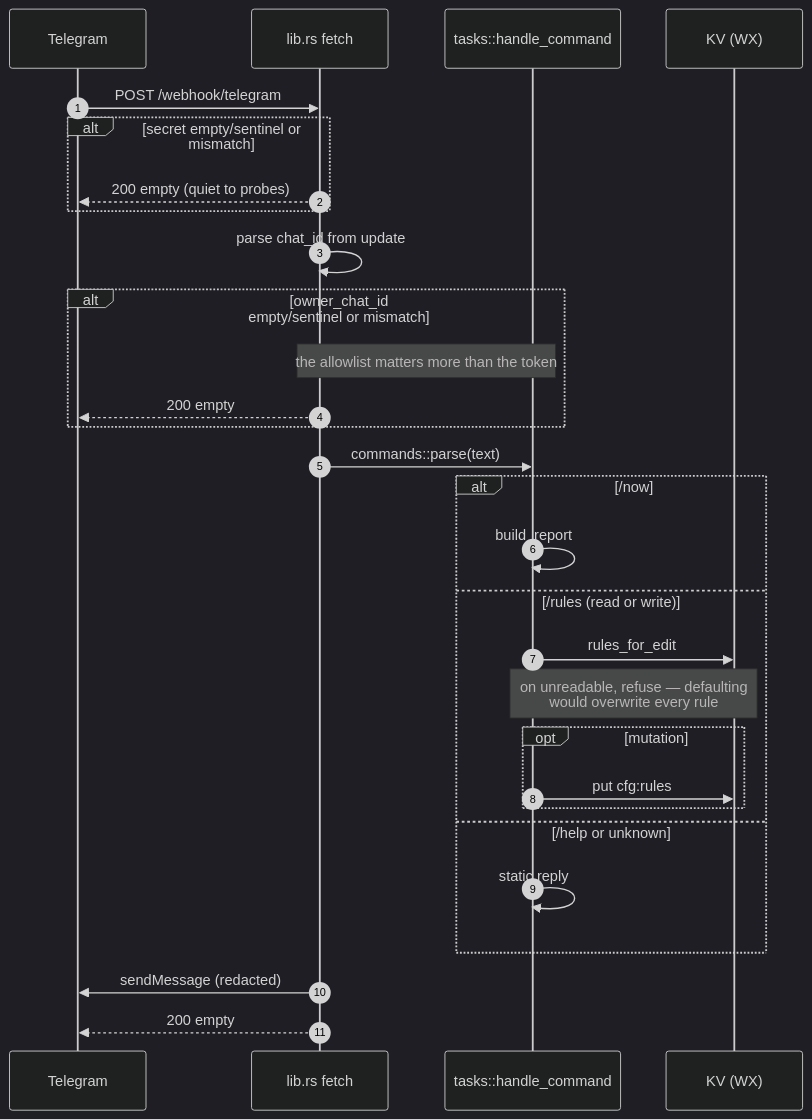
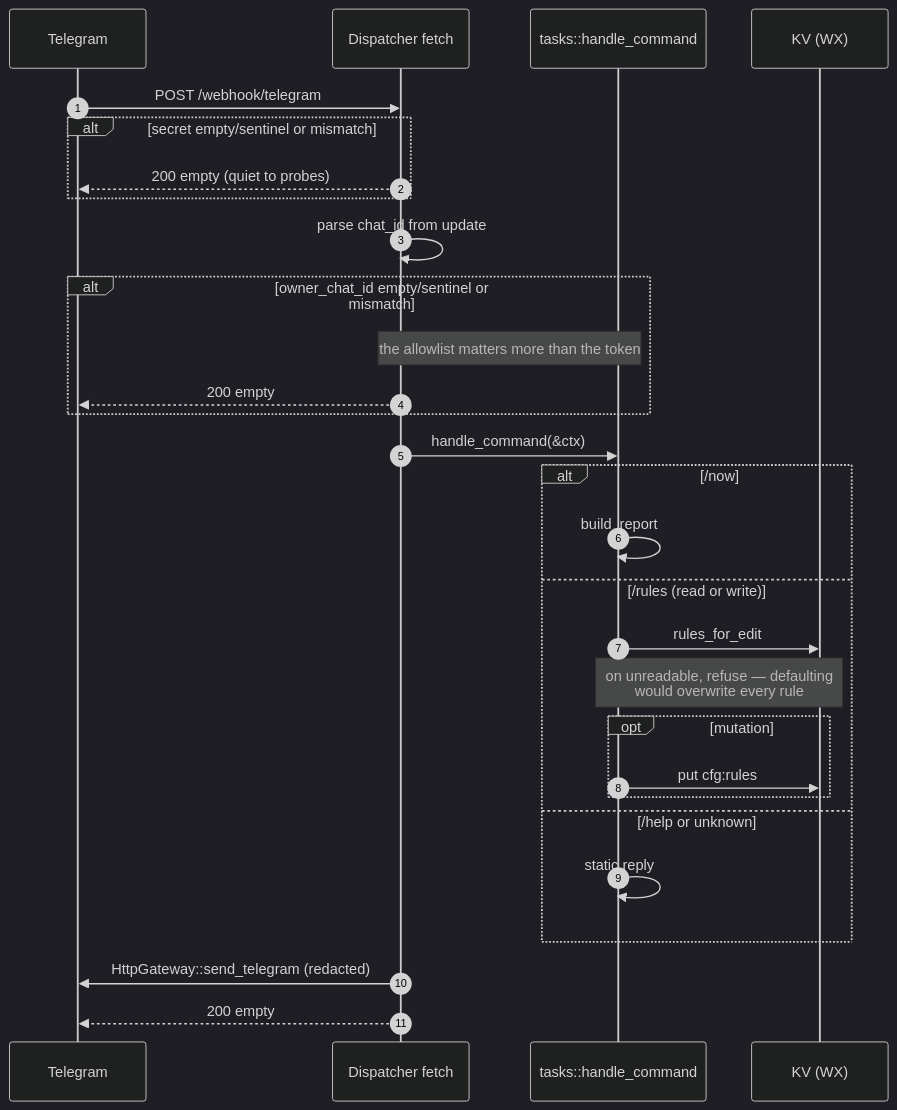
One commit to henius98/WeatherAlert changed the fifth of 6 diagrams in FLOW.md. Above: the diagram before and after it, drawn with Mermaid (dark theme). The commit also changed other lines of this file and 16 other files, not shown here.

First line of the commit message:
refactor(arch): deepen error handling, alert engine, dispatcher, and http gateway

````diff
--- a/FLOW.md
+++ b/FLOW.md
@@ -266,33 +265,33 @@
 ```mermaid
 sequenceDiagram
     autonumber
     participant TG as Telegram
-    participant W as lib.rs fetch
+    participant W as Dispatcher fetch
     participant T as tasks::handle_command
     participant KV as KV (WX)
 
     TG->>W: POST /webhook/telegram
     alt secret empty/sentinel or mismatch
         W-->>TG: 200 empty (quiet to probes)
     end
     W->>W: parse chat_id from update
     alt owner_chat_id empty/sentinel or mismatch
         Note over W,T: the allowlist matters more than the token
         W-->>TG: 200 empty
     end
 
-    W->>T: commands::parse(text)
+    W->>T: handle_command(&ctx)
     alt /now
         T->>T: build_report
     else /rules (read or write)
         T->>KV: rules_for_edit
         Note over T,KV: on unreadable, refuse — defaulting<br/>would overwrite every rule
         opt mutation
             T->>KV: put cfg:rules
         end
     else /help or unknown
         T->>T: static reply
     end
-    W->>TG: sendMessage (redacted)
+    W->>TG: HttpGateway::send_telegram (redacted)
     W-->>TG: 200 empty
 ```
````
